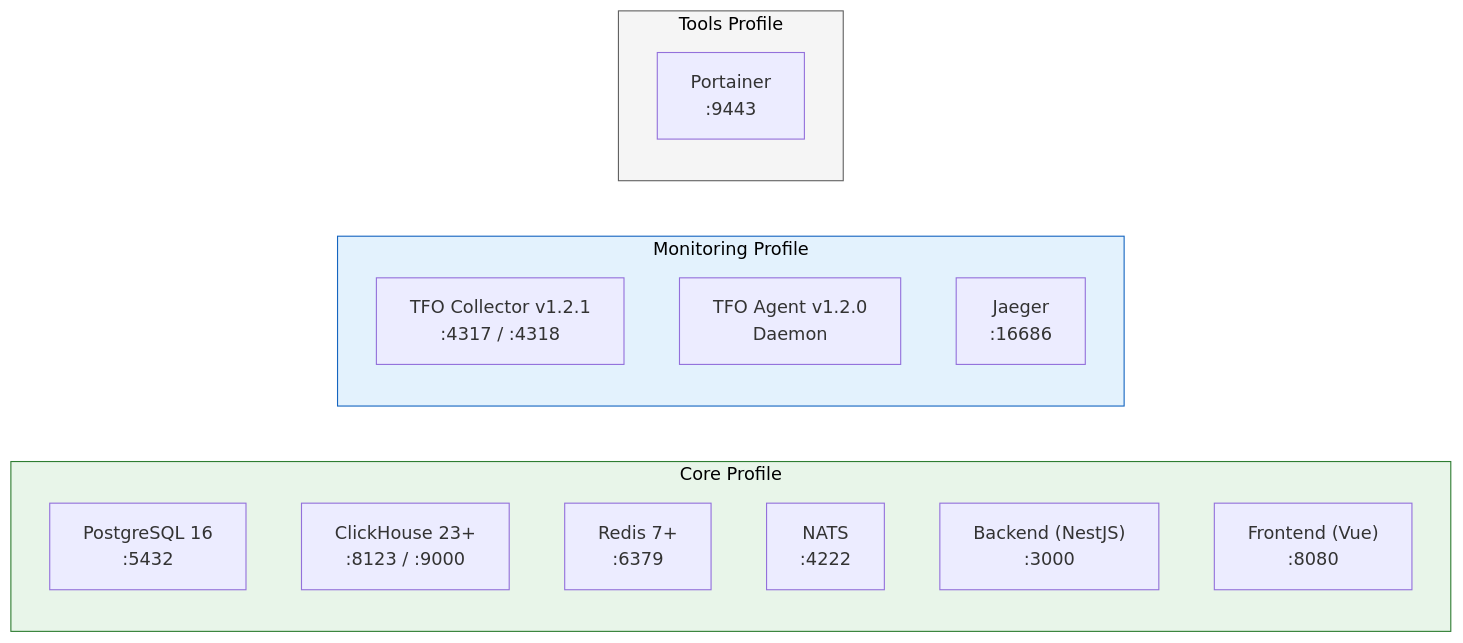
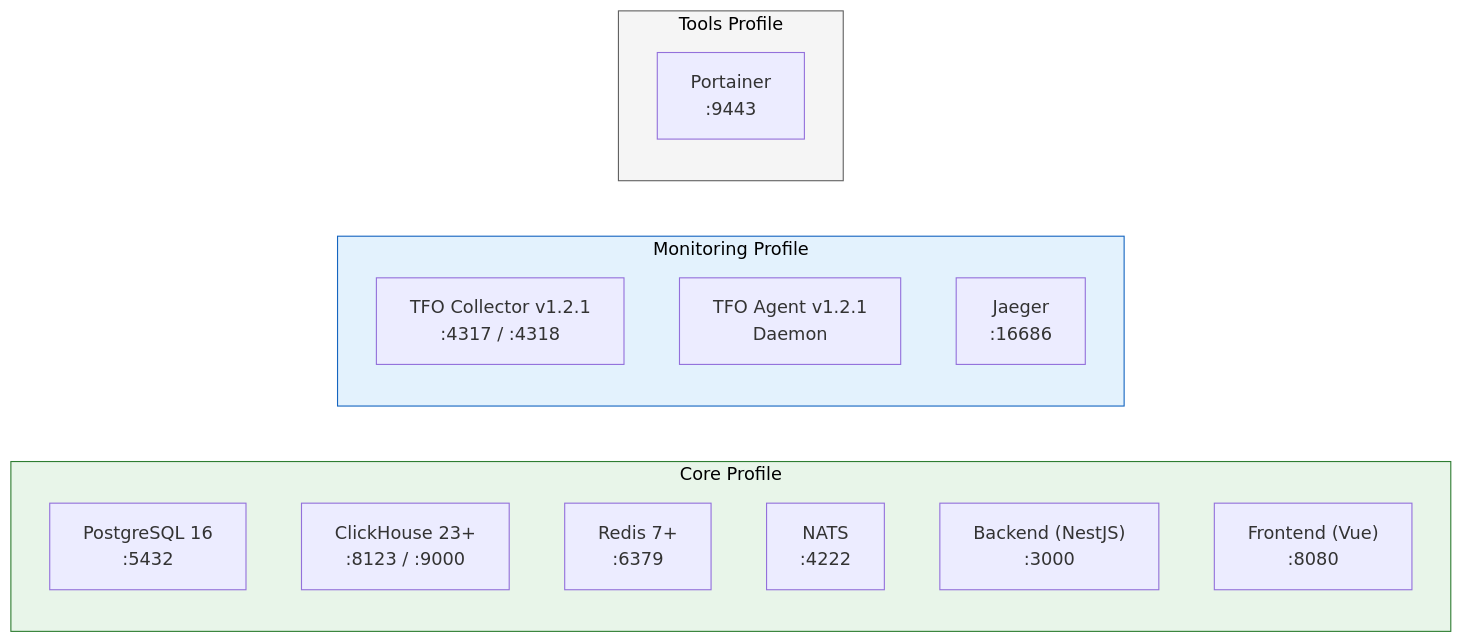
Before and after one commit to telemetryflow/.github: diagram 17 of 18 in README.md, drawn with Mermaid. The commit also changed other lines of this file and 19 other files, not shown here.

````diff
--- a/README.md
+++ b/README.md
@@ -867,25 +1145,25 @@
 ```mermaid
 graph LR
     subgraph Core["Core Profile"]
         PG_SVC["PostgreSQL 16<br/>:5432"]
         CH_SVC["ClickHouse 23+<br/>:8123 / :9000"]
         RD_SVC["Redis 7+<br/>:6379"]
         NT_SVC["NATS<br/>:4222"]
         BE_SVC["Backend (NestJS)<br/>:3000"]
         FE_SVC["Frontend (Vue)<br/>:8080"]
     end
 
     subgraph Mon["Monitoring Profile"]
         COL_SVC["TFO Collector v1.2.1<br/>:4317 / :4318"]
-        AGT_SVC["TFO Agent v1.2.0<br/>Daemon"]
+        AGT_SVC["TFO Agent v1.2.1<br/>Daemon"]
         JAEGER["Jaeger<br/>:16686"]
     end
 
     subgraph Tools["Tools Profile"]
         PORTAINER["Portainer<br/>:9443"]
     end
 
     style Core fill:#e8f5e9,stroke:#2e7d32,color:#000
     style Mon fill:#e3f2fd,stroke:#1565c0,color:#000
     style Tools fill:#f5f5f5,stroke:#616161,color:#000
 ```
````
